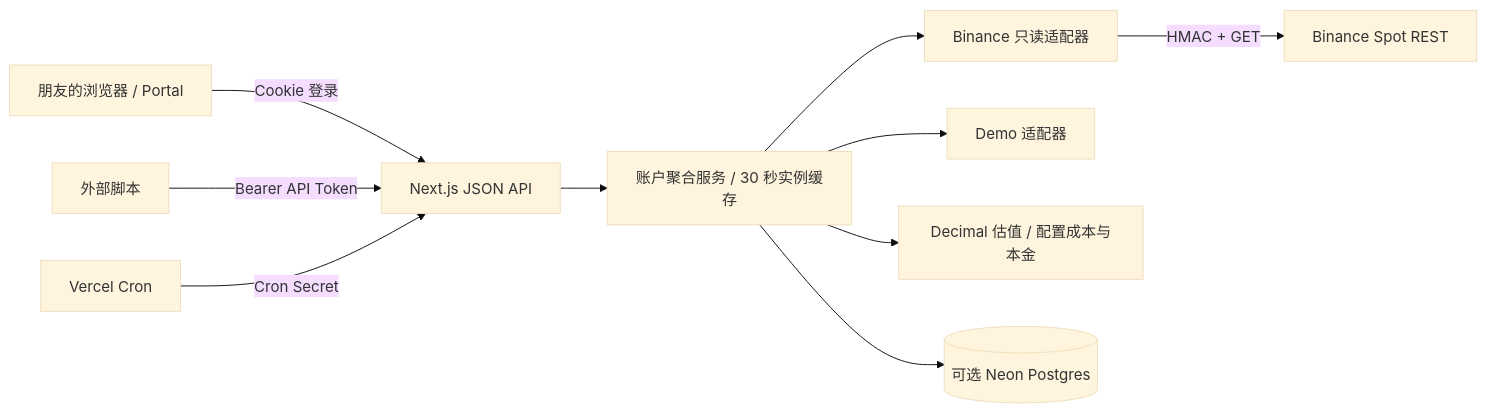
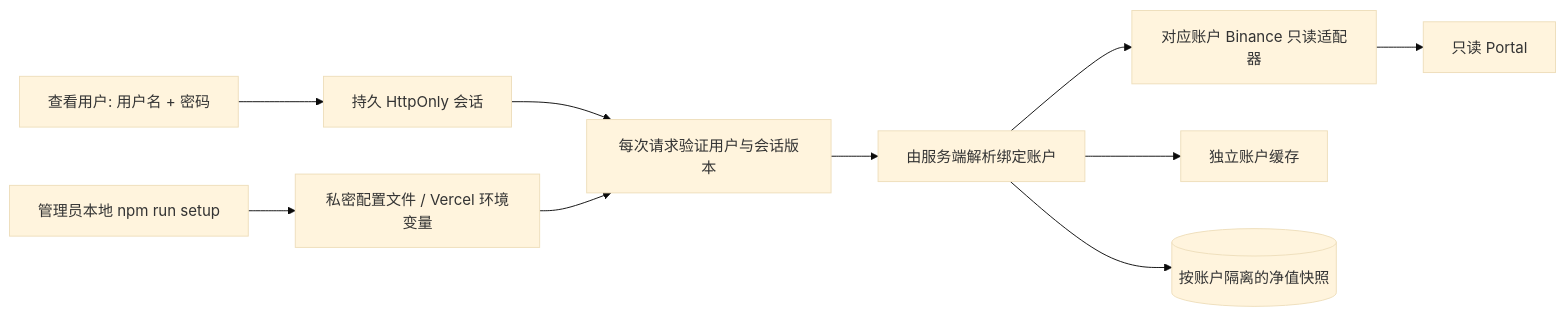
The diagram in docs/ARCHITECTURE.md (SiaoKiasu/SLZB), drawn with Mermaid (base theme) before and after one commit. The commit also changed other lines of this file and 32 other files, not shown here.

````diff
--- a/docs/ARCHITECTURE.md
+++ b/docs/ARCHITECTURE.md
@@ -3,12 +3,12 @@
 ```mermaid
 flowchart LR
-  A[朋友的浏览器 / Portal] -->|Cookie 登录| B[Next.js JSON API]
-  C[外部脚本] -->|Bearer API Token| B
-  D[Vercel Cron] -->|Cron Secret| B
-  B --> E[账户聚合服务 / 30 秒实例缓存]
-  E --> F[Binance 只读适配器]
-  E --> G[Demo 适配器]
-  F -->|HMAC + GET| H[Binance Spot REST]
-  E --> I[Decimal 估值 / 配置成本与本金]
-  E --> J[(可选 Neon Postgres)]
+  A[管理员本地 npm run setup] --> B[私密配置文件 / Vercel 环境变量]
+  U[查看用户: 用户名 + 密码] --> S[持久 HttpOnly 会话]
+  S --> V[每次请求验证用户与会话版本]
+  B --> V
+  V --> C[由服务端解析绑定账户]
+  C --> E[对应账户 Binance 只读适配器]
+  C --> K[独立账户缓存]
+  C --> D[(按账户隔离的净值快照)]
+  E --> P[只读 Portal]
 ```
````
